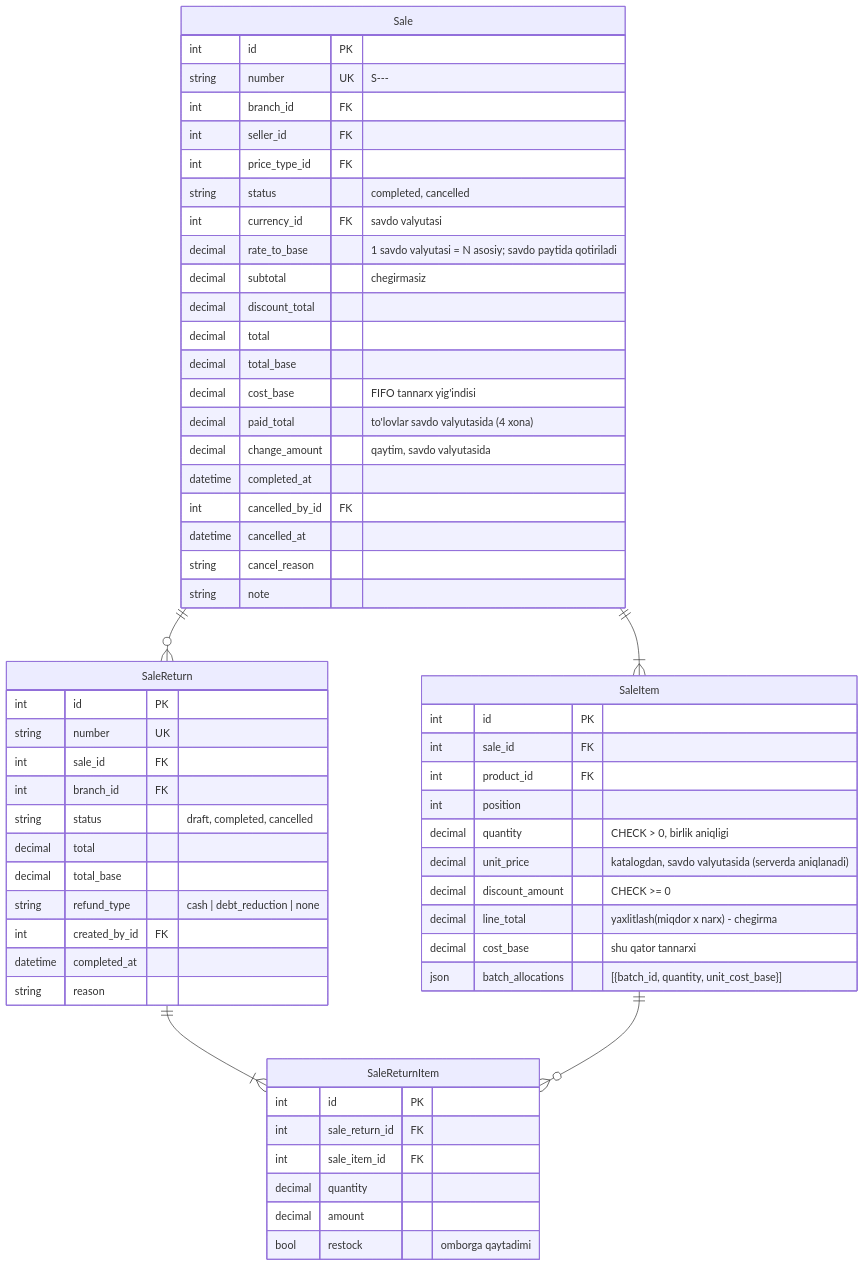
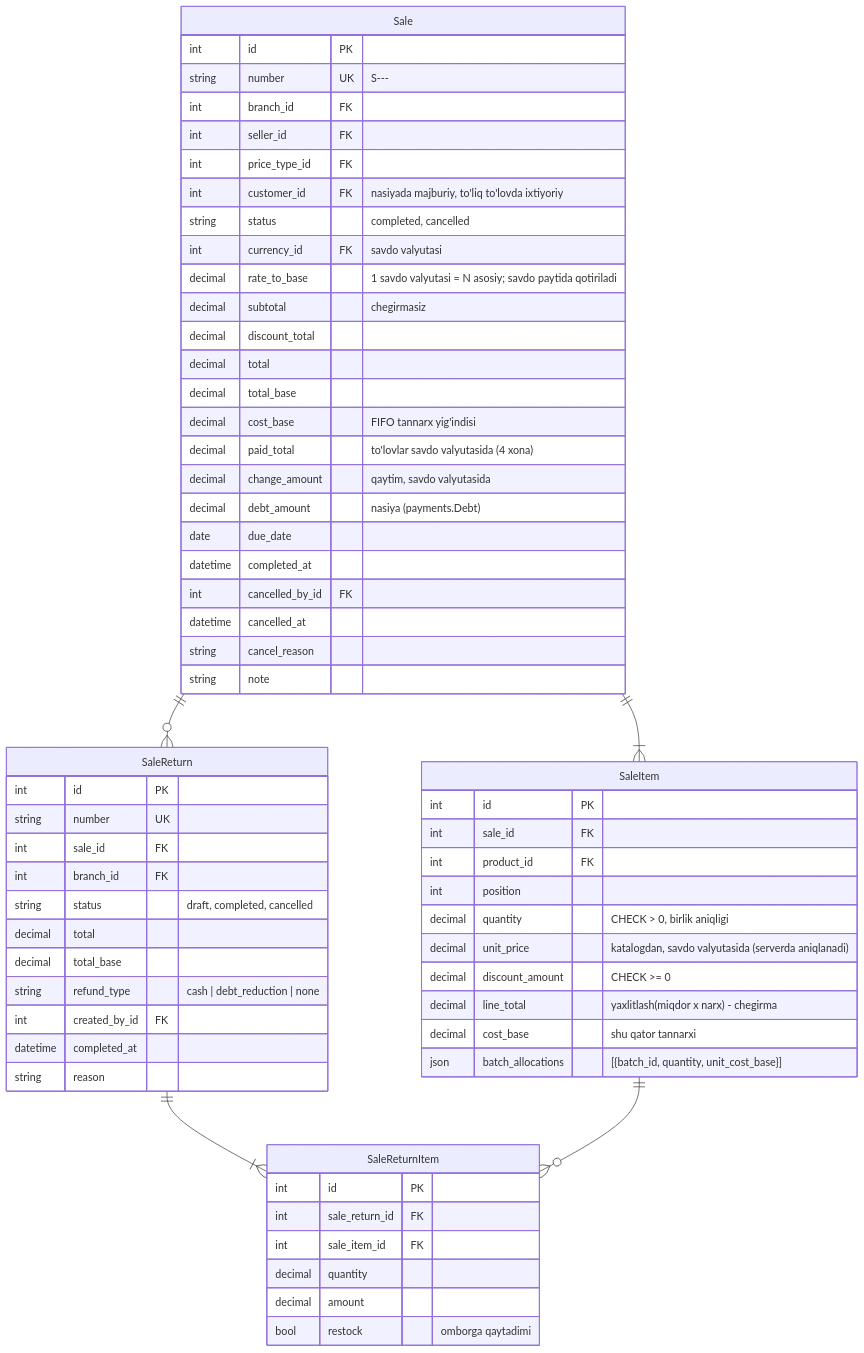
Before and after one commit to RaxmonovIlhombek/sevento_back: the sixth of 8 diagrams in docs/er-diagram.md, drawn with Mermaid. The commit also changed other lines of this file and 14 other files, not shown here.

````diff
--- a/docs/er-diagram.md
+++ b/docs/er-diagram.md
@@ -383,62 +383,65 @@
 ```mermaid
 erDiagram
   Sale {
     int id PK
     string number UK "S-<nuqta>-<yil>-<raqam>"
     int branch_id FK
     int seller_id FK
     int price_type_id FK
+    int customer_id FK "nasiyada majburiy, to'liq to'lovda ixtiyoriy"
     string status "completed, cancelled"
     int currency_id FK "savdo valyutasi"
     decimal rate_to_base "1 savdo valyutasi = N asosiy; savdo paytida qotiriladi"
     decimal subtotal "chegirmasiz"
     decimal discount_total
     decimal total
     decimal total_base
     decimal cost_base "FIFO tannarx yig'indisi"
     decimal paid_total "to'lovlar savdo valyutasida (4 xona)"
     decimal change_amount "qaytim, savdo valyutasida"
+    decimal debt_amount "nasiya (payments.Debt)"
+    date due_date
     datetime completed_at
     int cancelled_by_id FK
     datetime cancelled_at
     string cancel_reason
     string note
   }
   SaleItem {
     int id PK
     int sale_id FK
     int product_id FK
     int position
     decimal quantity "CHECK > 0, birlik aniqligi"
     decimal unit_price "katalogdan, savdo valyutasida (serverda aniqlanadi)"
     decimal discount_amount "CHECK >= 0"
     decimal line_total "yaxlitlash(miqdor x narx) - chegirma"
     decimal cost_base "shu qator tannarxi"
     json batch_allocations "[{batch_id, quantity, unit_cost_base}]"
   }
   SaleReturn {
     int id PK
     string number UK
     int sale_id FK
     int branch_id FK
     string status "draft, completed, cancelled"
     decimal total
     decimal total_base
     string refund_type "cash | debt_reduction | none"
     int created_by_id FK
     datetime completed_at
     string reason
   }
   SaleReturnItem {
     int id PK
     int sale_return_id FK
     int sale_item_id FK
     decimal quantity
     decimal amount
     bool restock "omborga qaytadimi"
   }
   Sale ||--|{ SaleItem : ""
   Sale ||--o{ SaleReturn : ""
   SaleReturn ||--|{ SaleReturnItem : ""
   SaleItem ||--o{ SaleReturnItem : ""
 ```
````
